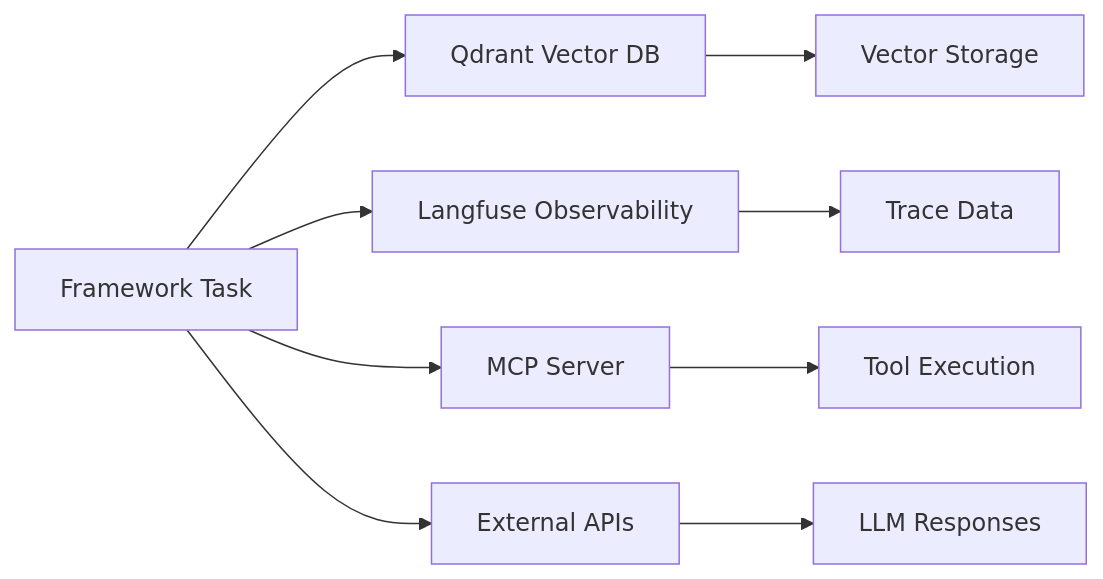
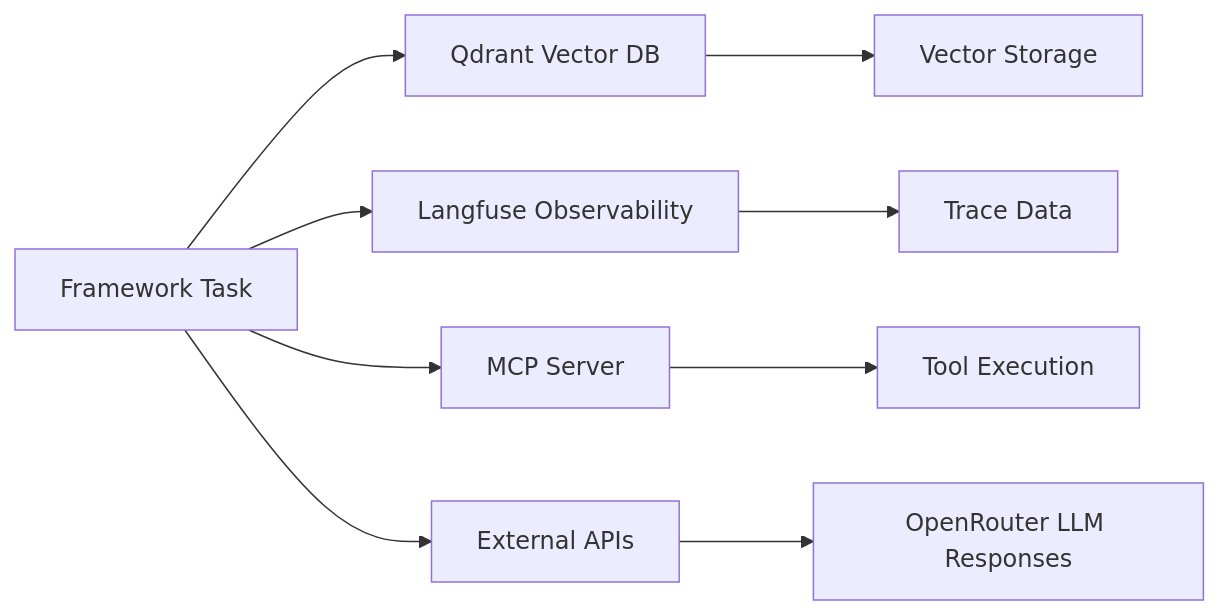
One commit to peeraponw/agent_benchmark changed the second of 2 diagrams in ARCHITECTURE.md. Above: the diagram before and after it, drawn with Mermaid. The commit also changed other lines of this file and 20 other files, not shown here.

````diff
--- a/ARCHITECTURE.md
+++ b/ARCHITECTURE.md
@@ -90,11 +90,11 @@
 ```mermaid
 graph LR
     A[Framework Task] --> B[Qdrant Vector DB]
     A --> C[Langfuse Observability]
     A --> D[MCP Server]
     A --> E[External APIs]
     B --> F[Vector Storage]
     C --> G[Trace Data]
     D --> H[Tool Execution]
-    E --> I[LLM Responses]
+    E --> I[OpenRouter LLM Responses]
 ```
````
